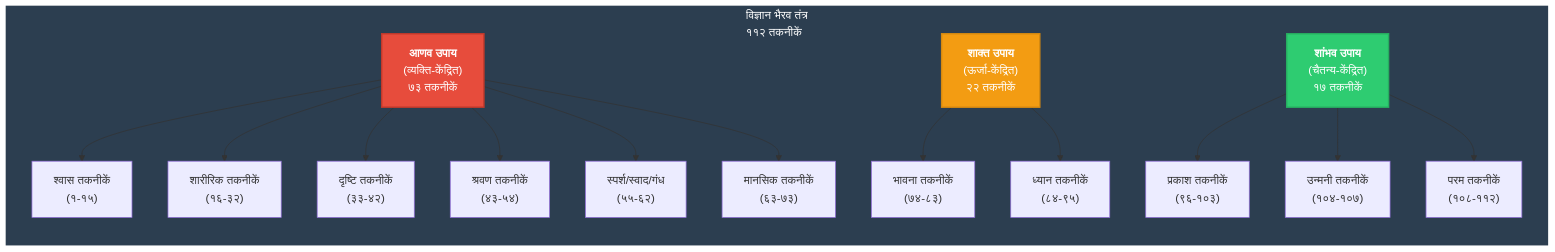
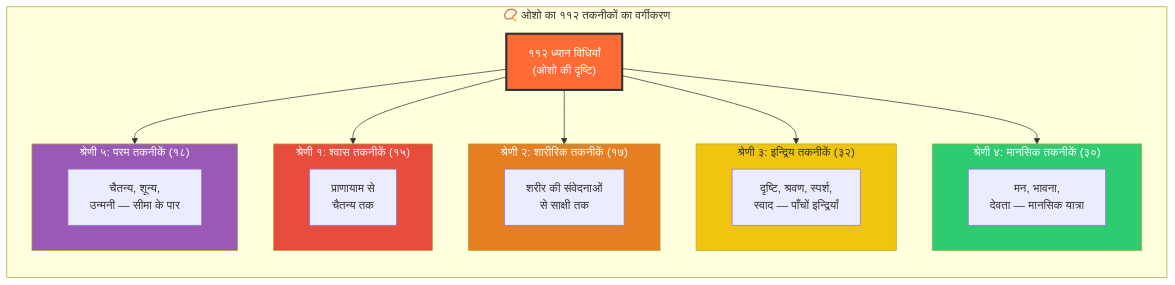
One commit to Raushan666java/ai-engineering-journey changed the second of 3 diagrams in docs/courses/vigyan-bhairav-tantra/index.md. Above: the diagram before and after it, drawn with Mermaid. The commit also changed other lines of this file and 37 other files, not shown here.

````diff
--- a/docs/courses/vigyan-bhairav-tantra/index.md
+++ b/docs/courses/vigyan-bhairav-tantra/index.md
@@ -104,29 +97,41 @@
 ```mermaid
 flowchart TB
-    subgraph VBT["विज्ञान भैरव तंत्र<br/>११२ तकनीकें"]
+    subgraph Osho["📿 ओशो का ११२ तकनीकों का वर्गीकरण"]
         direction TB
         
-        A["<b>आणव उपाय</b><br/>(व्यक्ति-केंद्रित)<br/>७३ तकनीकें"]
-        B["<b>शाक्त उपाय</b><br/>(ऊर्जा-केंद्रित)<br/>२२ तकनीकें"]
-        C["<b>शांभव उपाय</b><br/>(चैतन्य-केंद्रित)<br/>१७ तकनीकें"]
+        O["११२ ध्यान विधियाँ<br/>(ओशो की दृष्टि)"]
         
-        A --> A1["श्वास तकनीकें<br/>(१-१५)"]
-        A --> A2["शारीरिक तकनीकें<br/>(१६-३२)"]
-        A --> A3["दृष्टि तकनीकें<br/>(३३-४२)"]
-        A --> A4["श्रवण तकनीकें<br/>(४३-५४)"]
-        A --> A5["स्पर्श/स्वाद/गंध<br/>(५५-६२)"]
-        A --> A6["मानसिक तकनीकें<br/>(६३-७३)"]
+        subgraph Category1["श्रेणी १: श्वास तकनीकें (१५)"]
+            C1["प्राणायाम से<br/>चैतन्य तक"]
+        end
         
-        B --> B1["भावना तकनीकें<br/>(७४-८३)"]
-        B --> B2["ध्यान तकनीकें<br/>(८४-९५)"]
+        subgraph Category2["श्रेणी २: शारीरिक तकनीकें (१७)"]
+            C2["शरीर की संवेदनाओं<br/>से साक्षी तक"]
+        end
         
-        C --> C1["प्रकाश तकनीकें<br/>(९६-१०३)"]
-        C --> C2["उन्मनी तकनीकें<br/>(१०४-१०७)"]
-        C --> C3["परम तकनीकें<br/>(१०८-११२)"]
+        subgraph Category3["श्रेणी ३: इन्द्रिय तकनीकें (३२)"]
+            C3["दृष्टि, श्रवण, स्पर्श,<br/>स्वाद — पाँचों इन्द्रियाँ"]
+        end
+        
+        subgraph Category4["श्रेणी ४: मानसिक तकनीकें (३०)"]
+            C4["मन, भावना,<br/>देवता — मानसिक यात्रा"]
+        end
+        
+        subgraph Category5["श्रेणी ५: परम तकनीकें (१८)"]
+            C5["चैतन्य, शून्य,<br/>उन्मनी — सीमा के पार"]
+        end
+        
+        O --> Category1
+        O --> Category2
+        O --> Category3
+        O --> Category4
+        O --> Category5
     end
     
-    style A fill:#e74c3c,color:#fff,stroke:#c0392b,stroke-width:2px
-    style B fill:#f39c12,color:#fff,stroke:#d68910,stroke-width:2px
-    style C fill:#2ecc71,color:#fff,stroke:#27ae60,stroke-width:2px
-    style VBT fill:#2c3e50,color:#fff,stroke:#2c3e50,stroke-width:3px
+    style O fill:#ff6b35,color:#fff,stroke:#333,stroke-width:3px
+    style Category1 fill:#e74c3c,color:#fff
+    style Category2 fill:#e67e22,color:#fff
+    style Category3 fill:#f1c40f,color:#333
+    style Category4 fill:#2ecc71,color:#fff
+    style Category5 fill:#9b59b6,color:#fff
 ```
````
